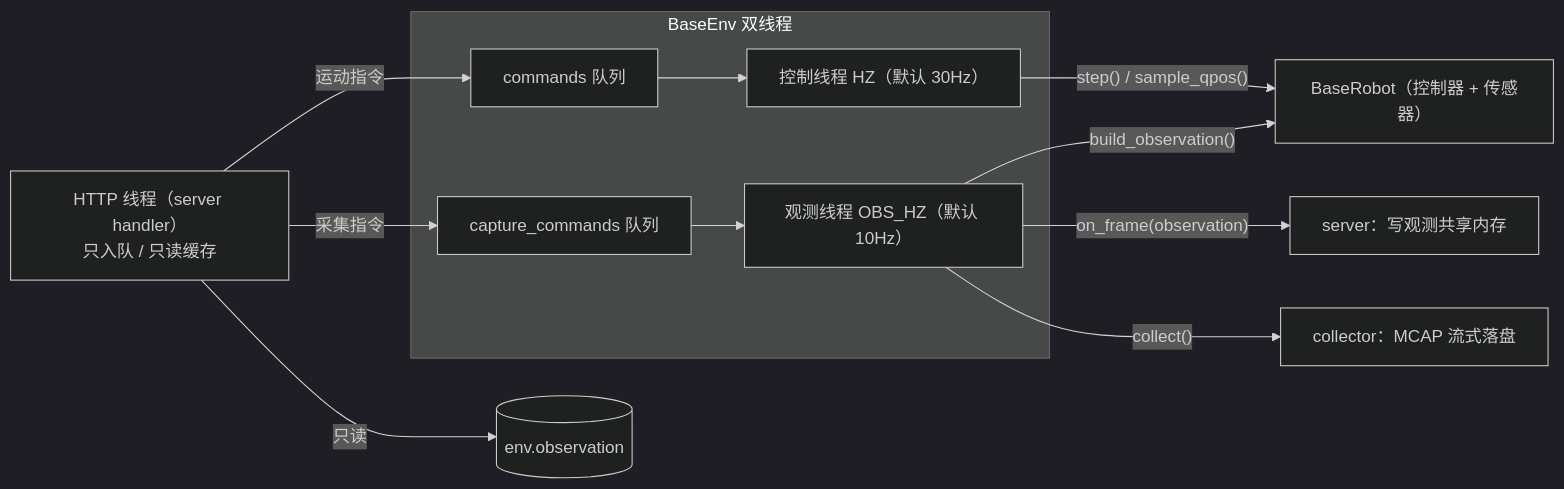
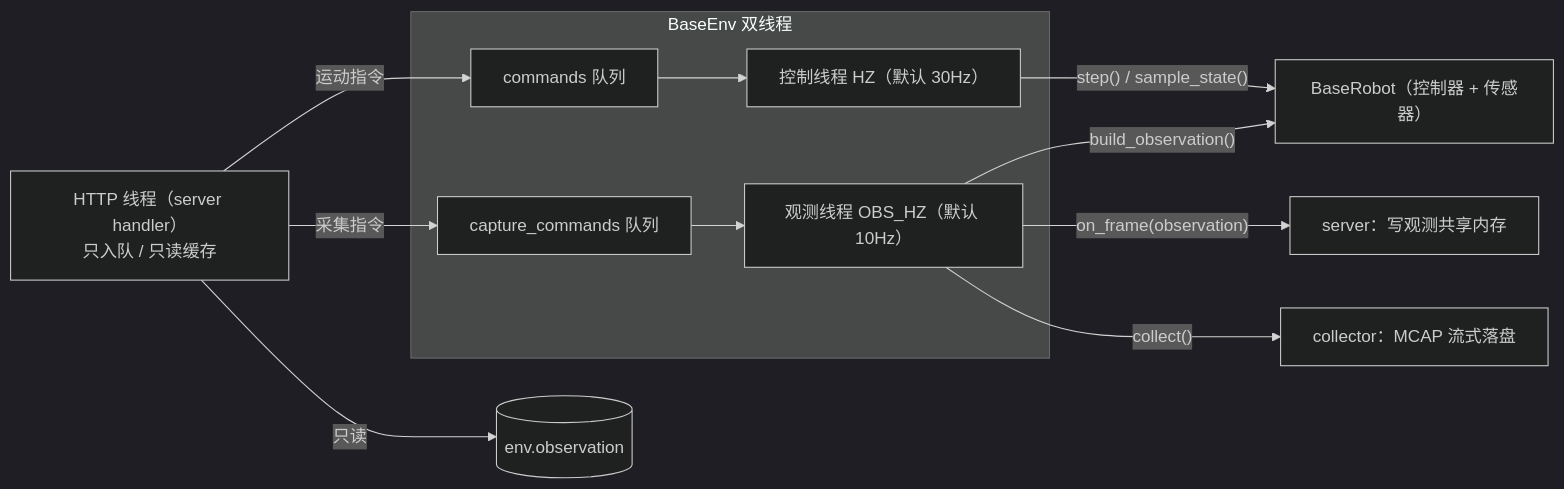
The diagram in wiki/design/robot_pipeline_runtime.md (Dark-be/motrix-edge), drawn with Mermaid (dark theme) before and after one commit. The commit also changed other lines of this file and 49 other files, not shown here.

````diff
--- a/wiki/design/robot_pipeline_runtime.md
+++ b/wiki/design/robot_pipeline_runtime.md
@@ -21,14 +21,14 @@
 ```mermaid
 flowchart LR
     H["HTTP 线程（server handler）<br/>只入队 / 只读缓存"] -->|运动指令| Q1["commands 队列"]
     H -->|采集指令| Q2["capture_commands 队列"]
     H -->|只读| OBS[("env.observation")]
     subgraph ENV["BaseEnv 双线程"]
         Q1 --> C["控制线程 HZ（默认 30Hz）"]
         Q2 --> OB["观测线程 OBS_HZ（默认 10Hz）"]
     end
-    C -->|"step() / sample_qpos()"| R["BaseRobot（控制器 + 传感器）"]
+    C -->|"step() / sample_state()"| R["BaseRobot（控制器 + 传感器）"]
     OB -->|"build_observation()"| R
     OB -->|"on_frame(observation)"| PUB["server：写观测共享内存"]
     OB -->|"collect()"| COL["collector：MCAP 流式落盘"]
 ```
````
